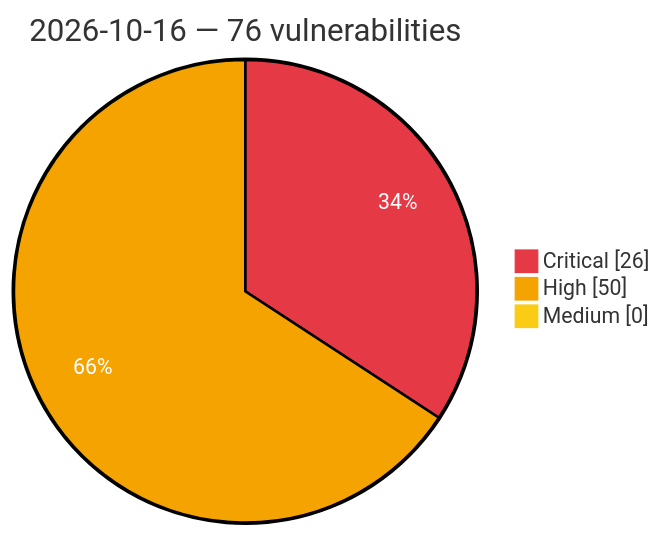
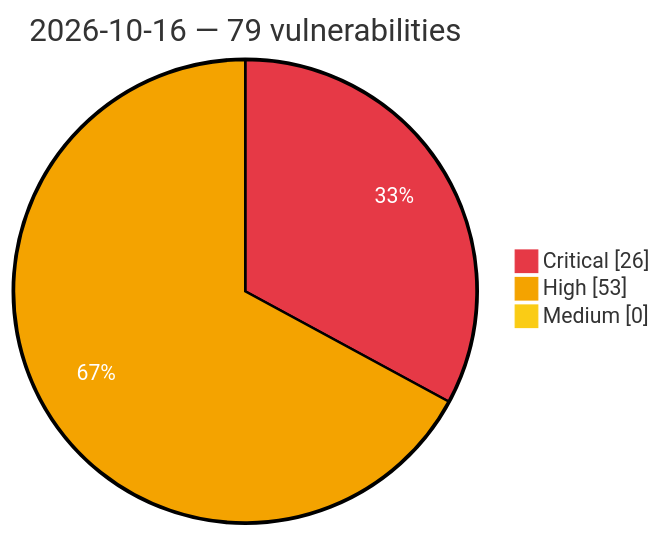
Before and after one commit to GhostX0X/vuln-tracker: the diagram in vulnerabilities/2026/October/2026-10-16.md, drawn with Mermaid. The commit also changed other lines of this file and 5 other files, not shown here.

````diff
--- a/vulnerabilities/2026/October/2026-10-16.md
+++ b/vulnerabilities/2026/October/2026-10-16.md
@@ -3,8 +3,8 @@
 ```mermaid
 %%{init: {'theme':'base', 'themeVariables': {'pie1':'#e63946', 'pie2':'#f4a300', 'pie3':'#facc15', 'pieOpacity':'1', 'pieOuterStrokeWidth':'2px', 'pieSectionTextColor':'#ffffff'}}}%%
 pie showData
-    title 2026-10-16 — 76 vulnerabilities
+    title 2026-10-16 — 79 vulnerabilities
     "Critical" : 26
-    "High" : 50
+    "High" : 53
     "Medium" : 0
 ```
````
